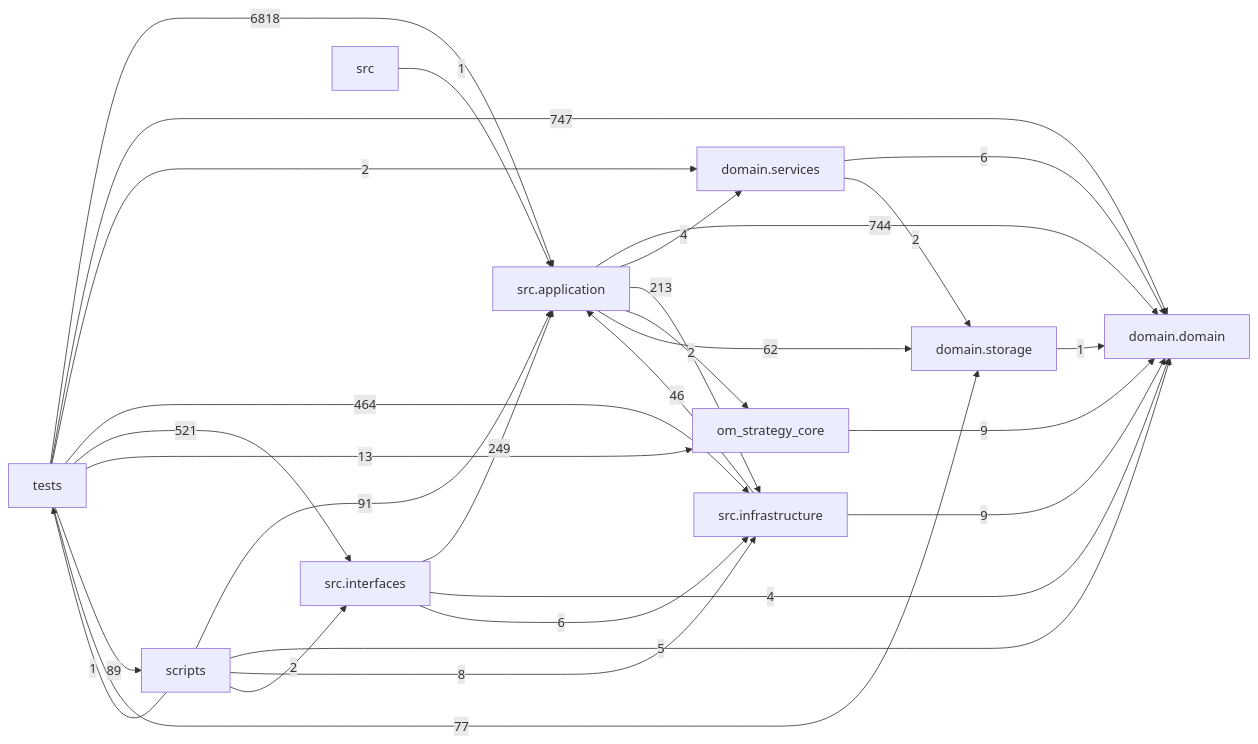
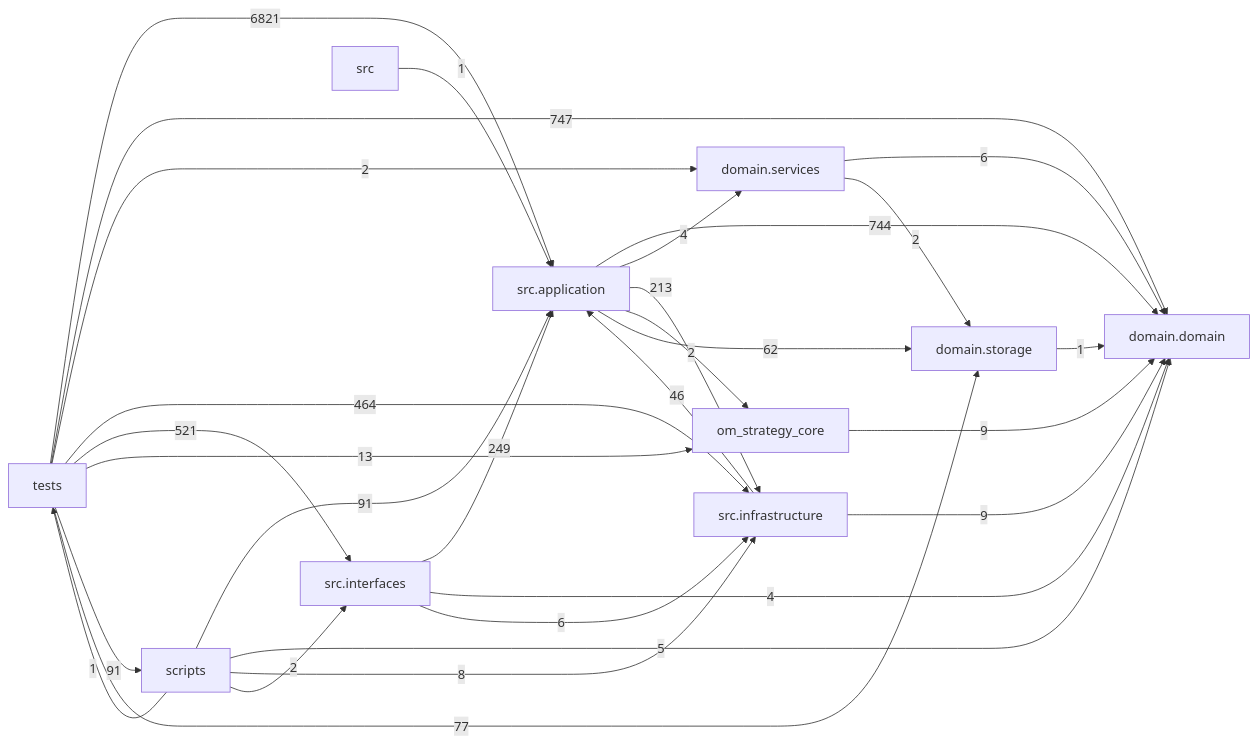
The diagram in docs/DEPENDENCY_GRAPH.md (liuxie066/options-monitor), drawn with Mermaid before and after one commit. The commit also changed other lines of this file and 22 other files, not shown here.

````diff
--- a/docs/DEPENDENCY_GRAPH.md
+++ b/docs/DEPENDENCY_GRAPH.md
@@ -24,39 +24,39 @@
 ```mermaid
 flowchart LR
   tests["tests"]
   scripts["scripts"]
   interfaces["src.interfaces"]
   application["src.application"]
   infrastructure["src.infrastructure"]
   domain_services["domain.services"]
   domain["domain.domain"]
   storage["domain.storage"]
   application -->|744| domain
   application -->|4| domain_services
   application -->|213| infrastructure
   application -->|2| om_strategy_core
   application -->|62| storage
   domain_services -->|6| domain
   domain_services -->|2| storage
   infrastructure -->|46| application
   infrastructure -->|9| domain
   interfaces -->|249| application
   interfaces -->|4| domain
   interfaces -->|6| infrastructure
   om_strategy_core -->|9| domain
   scripts -->|91| application
   scripts -->|5| domain
   scripts -->|8| infrastructure
   scripts -->|2| interfaces
   scripts -->|1| tests
   src -->|1| application
   storage -->|1| domain
-  tests -->|6818| application
+  tests -->|6821| application
   tests -->|747| domain
   tests -->|2| domain_services
   tests -->|464| infrastructure
   tests -->|521| interfaces
   tests -->|13| om_strategy_core
-  tests -->|89| scripts
+  tests -->|91| scripts
   tests -->|77| storage
 ```
````
